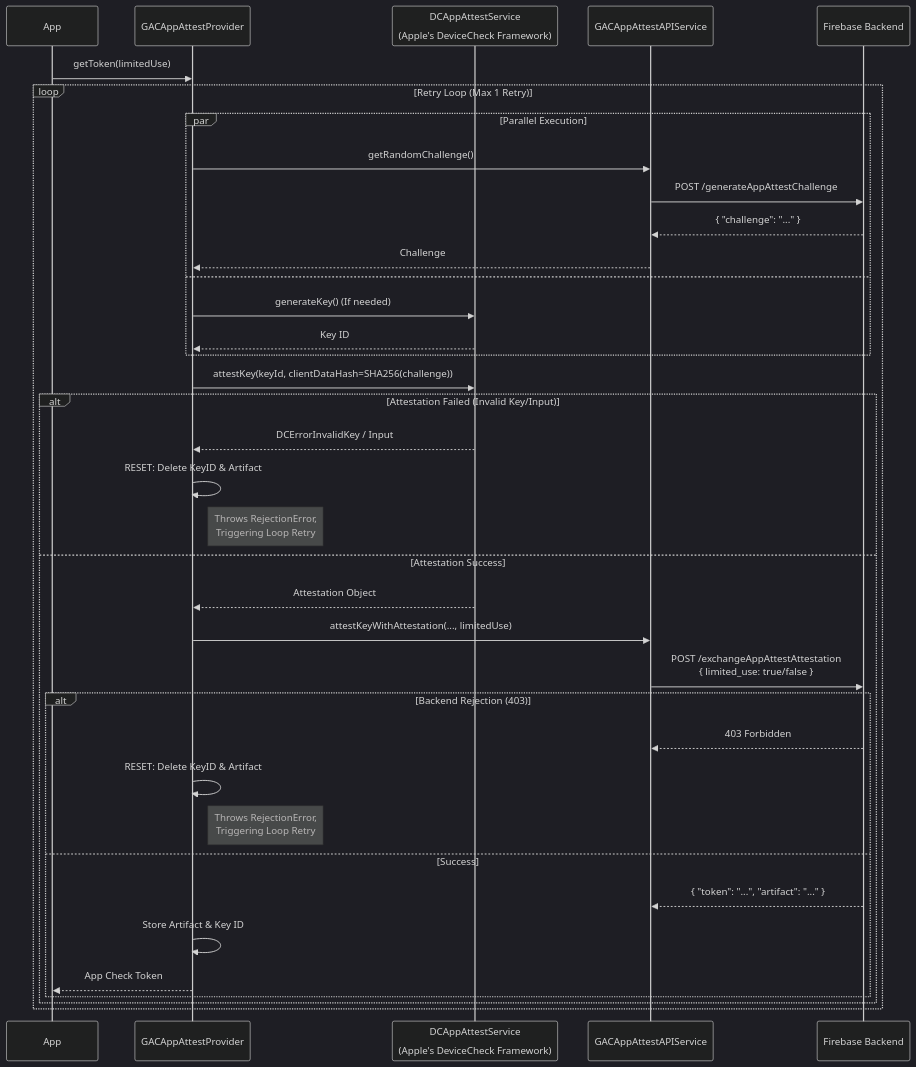
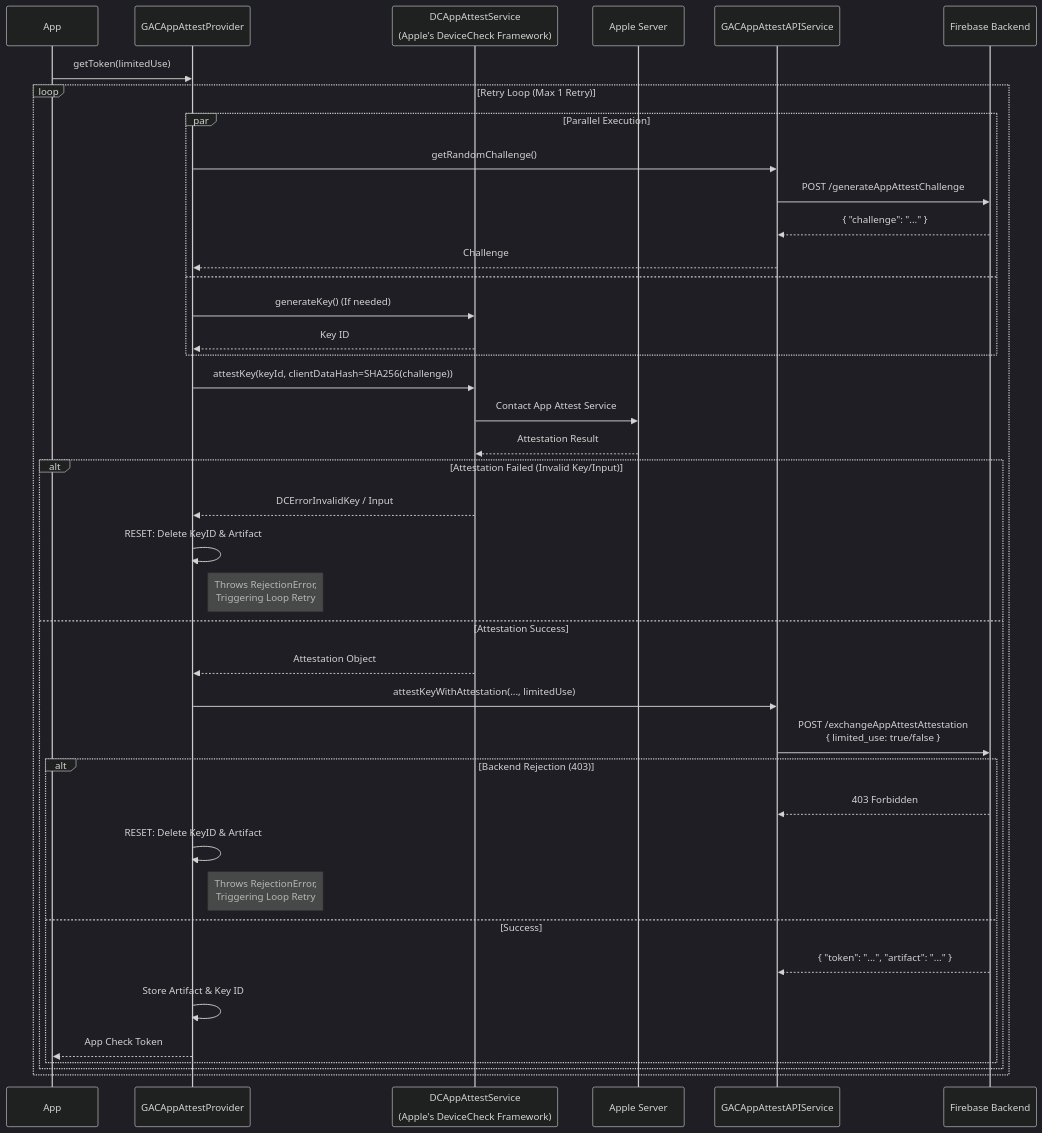
The third of 4 diagrams in docs/providers/app-attest.md (google/app-check), drawn with Mermaid (dark theme) before and after one commit. The commit also changed other lines of this file, not shown here.

````diff
--- a/docs/providers/app-attest.md
+++ b/docs/providers/app-attest.md
@@ -143,44 +148,47 @@
 ```mermaid
 sequenceDiagram
     participant App
     participant Provider as GACAppAttestProvider
     participant Apple as DCAppAttestService<br/><br/>(Apple's DeviceCheck Framework)
+    participant AppleServer as Apple Server
     participant API as GACAppAttestAPIService
     participant Backend as Firebase Backend
 
     App->>Provider: getToken(limitedUse)
     
     loop Retry Loop (Max 1 Retry)
         par Parallel Execution
             Provider->>API: getRandomChallenge()
             API->>Backend: POST /generateAppAttestChallenge
             Backend-->>API: { "challenge": "..." }
             API-->>Provider: Challenge
         and
             Provider->>Apple: generateKey() (If needed)
             Apple-->>Provider: Key ID
         end
 
         Provider->>Apple: attestKey(keyId, clientDataHash=SHA256(challenge))
+        Apple->>AppleServer: Contact App Attest Service
+        AppleServer-->>Apple: Attestation Result
         
         alt Attestation Failed (Invalid Key/Input)
             Apple-->>Provider: DCErrorInvalidKey / Input
             Provider->>Provider: RESET: Delete KeyID & Artifact
             Note right of Provider: Throws RejectionError,<br/>Triggering Loop Retry
         else Attestation Success
             Apple-->>Provider: Attestation Object
             Provider->>API: attestKeyWithAttestation(..., limitedUse)
             API->>Backend: POST /exchangeAppAttestAttestation<br/>{ limited_use: true/false }
             
             alt Backend Rejection (403)
                 Backend-->>API: 403 Forbidden
                 Provider->>Provider: RESET: Delete KeyID & Artifact
                 Note right of Provider: Throws RejectionError,<br/>Triggering Loop Retry
             else Success
                 Backend-->>API: { "token": "...", "artifact": "..." }
                 Provider->>Provider: Store Artifact & Key ID
                 Provider-->>App: App Check Token
             end
         end
     end
 ```
````
